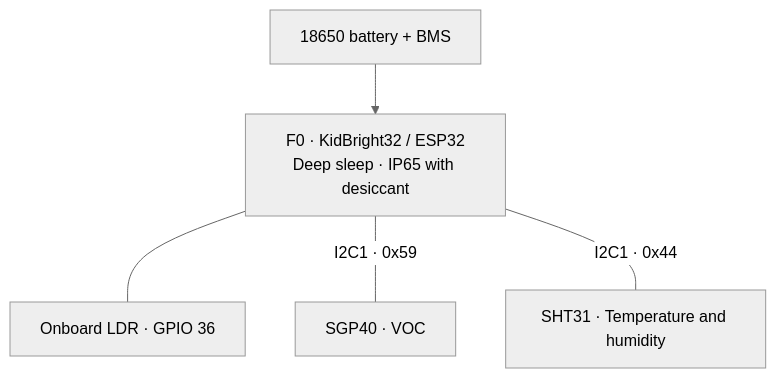
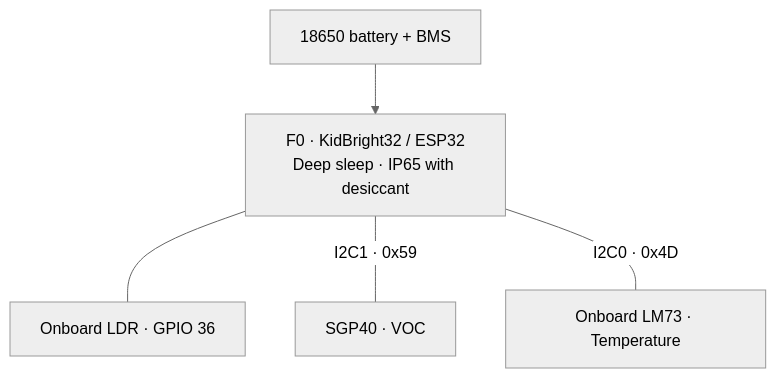
Before and after one commit to theme222/FoodWarden: the diagram in server/diagrams/fridge-sensor.mmd, drawn with Mermaid (neutral theme). The commit also changed 30 other files, not shown here.

Commit message:
docs(diagrams): make SVGs transparent with high-contrast strokes and add 9 detailed views

```diff
--- a/server/diagrams/fridge-sensor.mmd
+++ b/server/diagrams/fridge-sensor.mmd
@@ -1,20 +1,20 @@
 flowchart TB
     accTitle: Fridge sensor hardware
     accDescr: Battery and sensing components from Fridge.drawio. This is a block diagram.
     %% Main fridge: 173 × 91 cm. The sensor mounts inside the door in an IP65 enclosure with silica desiccant.
     %% PlatformIO C++ / FreeRTOS with deep sleep. BLE GATT telemetry uses AES-128-GCM.
     %% Onboard LDR GPIO 36, HT16K33 LED matrix (0x70), S1 GPIO 16 and S2 GPIO 14.
     %% SGP40 VOC index 0–500. A MOSFET on GPIO 18 gates the heater.
-    %% SHT31 relative humidity is used for SGP40 compensation.
+    %% Canonical temperature sensor is onboard LM73. SHT31 in the old drawing is not in the current contract.
 
     battery["18650 battery + BMS"]
     fridge_sensor["F0 · KidBright32 / ESP32<br/>Deep sleep · IP65 with desiccant"]
     light["Onboard LDR · GPIO 36"]
     voc["SGP40 · VOC"]
-    temperature["SHT31 · Temperature and humidity"]
+    temperature["Onboard LM73 · Temperature"]
 
     battery --> fridge_sensor
     fridge_sensor --- light
     fridge_sensor ---|"I2C1 · 0x59"| voc
-    fridge_sensor ---|"I2C1 · 0x44"| temperature
+    fridge_sensor ---|"I2C0 · 0x4D"| temperature
     %% I2C1 uses GPIO 21/22.
```
